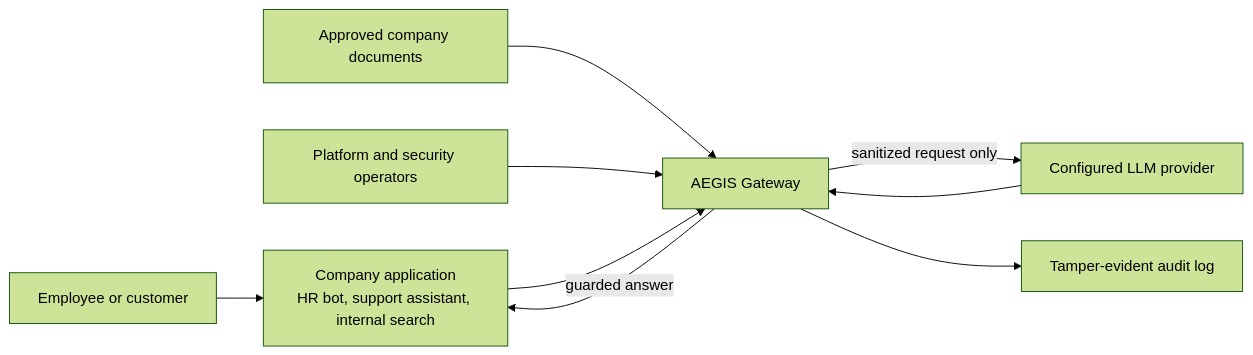
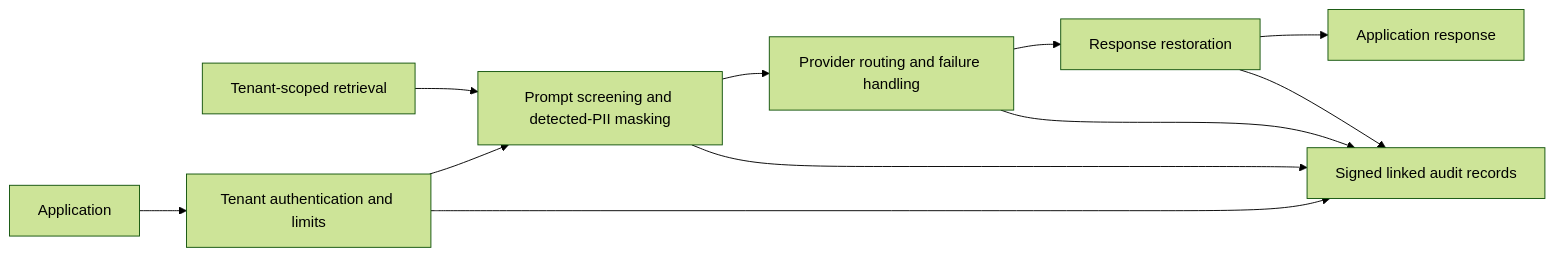
The diagram in README.md (dgexplores/aegis-gateway), drawn with Mermaid (forest theme) before and after one commit. The commit also changed other lines of this file and 5 other files, not shown here.

````diff
--- a/README.md
+++ b/README.md
@@ -342,11 +45,13 @@
 ```mermaid
 flowchart LR
-    U[Employee or customer] --> A[Company application<br/>HR bot, support assistant, internal search]
-    D[Approved company documents] --> G
-    O[Platform and security operators] --> G
-    A --> G[AEGIS Gateway]
-    G -->|sanitized request only| P[Configured LLM provider]
-    P --> G
-    G -->|guarded answer| A
-    G --> L[Tamper-evident audit log]
+    A[Application] --> B[Tenant authentication and limits]
+    B --> C[Prompt screening and detected-PII masking]
+    C --> D[Provider routing and failure handling]
+    D --> E[Response restoration]
+    E --> F[Application response]
+    B --> G[Signed linked audit records]
+    C --> G
+    D --> G
+    E --> G
+    H[Tenant-scoped retrieval] --> C
 ```
````
